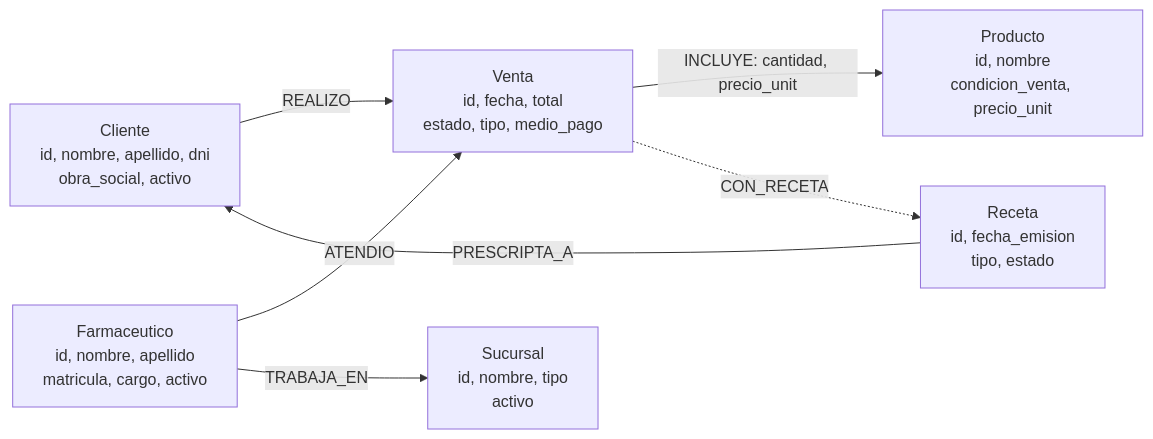
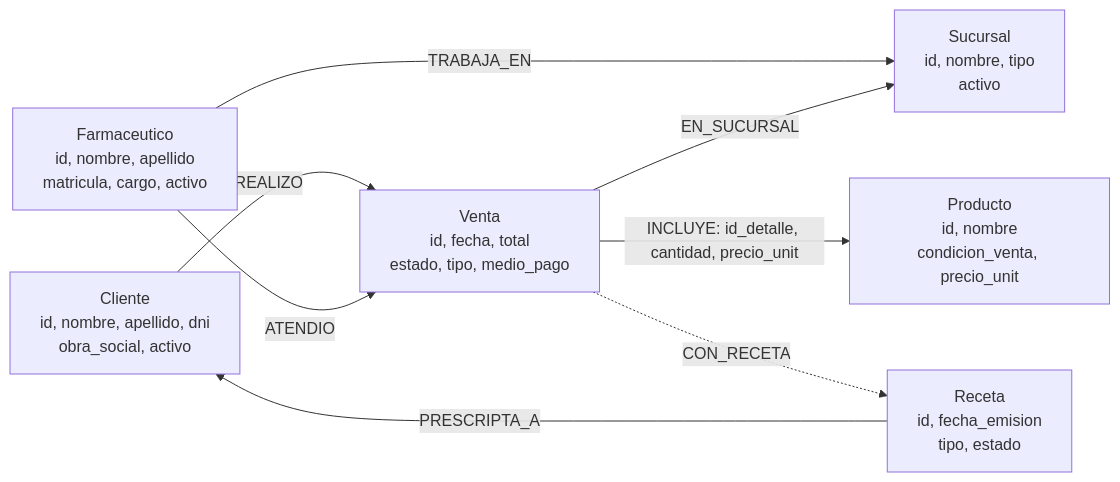
One commit to andresgarbarz/TPO_BD2_FarmaRed changed the diagram in docs/informe-grafo.md. Above: the diagram before and after it, drawn with Mermaid. The commit also changed other lines of this file and 2 other files, not shown here.

````diff
--- a/docs/informe-grafo.md
+++ b/docs/informe-grafo.md
@@ -60,16 +61,17 @@
 ```mermaid
 flowchart LR
     Cliente["Cliente<br/>id, nombre, apellido, dni<br/>obra_social, activo"]
     Venta["Venta<br/>id, fecha, total<br/>estado, tipo, medio_pago"]
     Farmaceutico["Farmaceutico<br/>id, nombre, apellido<br/>matricula, cargo, activo"]
     Sucursal["Sucursal<br/>id, nombre, tipo<br/>activo"]
     Producto["Producto<br/>id, nombre<br/>condicion_venta, precio_unit"]
     Receta["Receta<br/>id, fecha_emision<br/>tipo, estado"]
 
     Cliente -->|REALIZO| Venta
     Farmaceutico -->|ATENDIO| Venta
     Farmaceutico -->|TRABAJA_EN| Sucursal
-    Venta -->|INCLUYE: cantidad, precio_unit| Producto
+    Venta -->|EN_SUCURSAL| Sucursal
+    Venta -->|INCLUYE: id_detalle, cantidad, precio_unit| Producto
     Venta -.->|CON_RECETA| Receta
     Receta -->|PRESCRIPTA_A| Cliente
 ```
````
